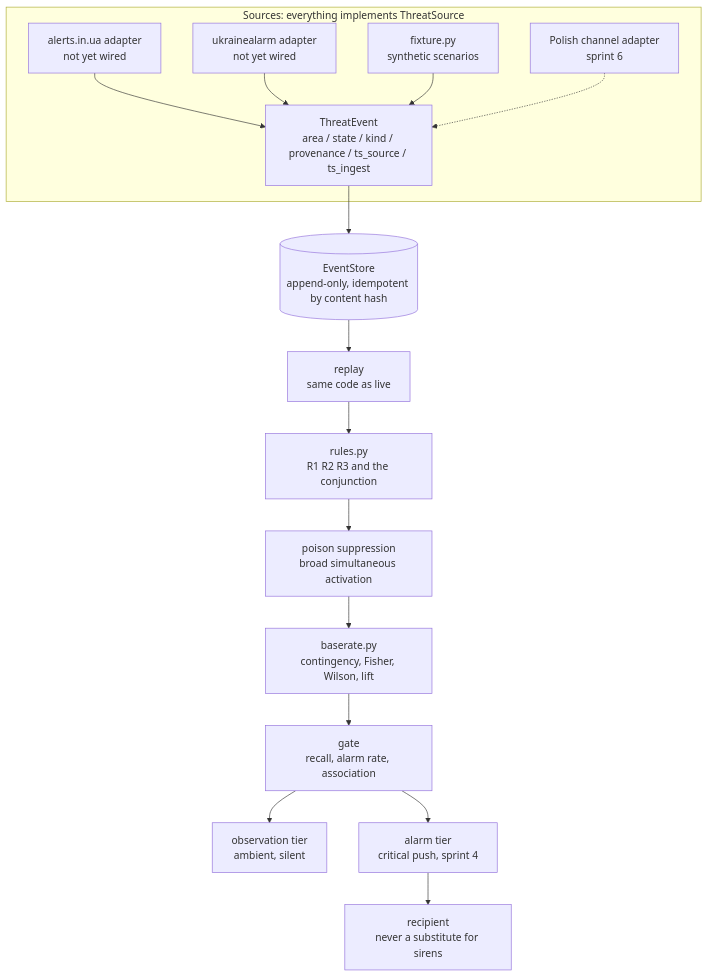
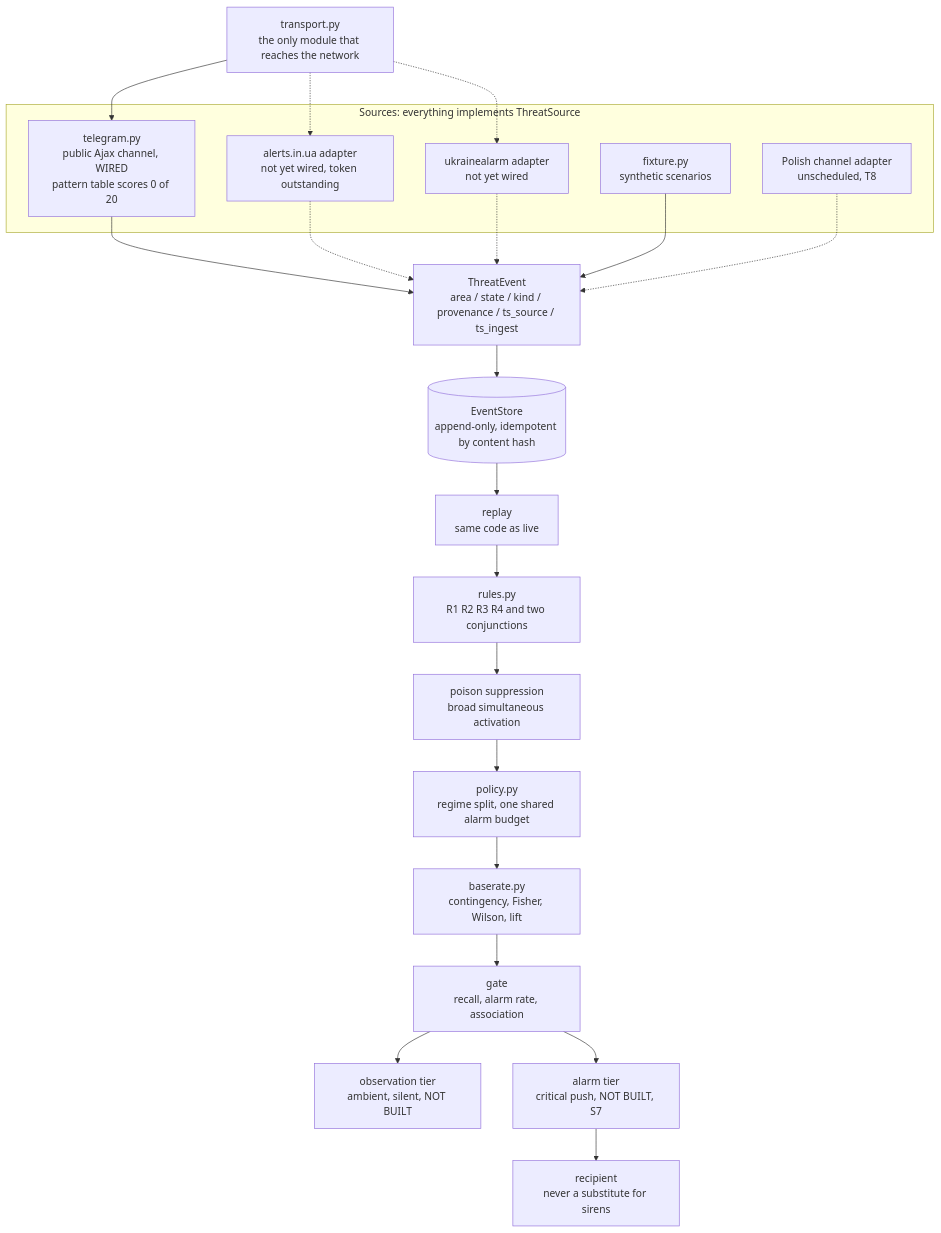
The diagram in docs/ARCHITECTURE.md (jerzy99jerzy/air-alert-early-warning), drawn with Mermaid before and after one commit. The commit also changed other lines of this file and 29 other files, not shown here.

````diff
--- a/docs/ARCHITECTURE.md
+++ b/docs/ARCHITECTURE.md
@@ -6,20 +6,31 @@
 ```mermaid
 flowchart TD
+    NET["transport.py<br/>the only module that reaches the network"]
     subgraph IN["Sources: everything implements ThreatSource"]
-        UA["alerts.in.ua adapter<br/>not yet wired"] --> EV
-        OFF["ukrainealarm adapter<br/>not yet wired"] --> EV
-        FIX["fixture.py<br/>synthetic scenarios"] --> EV
-        PL["Polish channel adapter<br/>sprint 6"] -.-> EV
+        TG["telegram.py<br/>public Ajax channel, WIRED<br/>pattern table scores 0 of 20"]
+        UA["alerts.in.ua adapter<br/>not yet wired, token outstanding"]
+        OFF["ukrainealarm adapter<br/>not yet wired"]
+        FIX["fixture.py<br/>synthetic scenarios"]
+        PL["Polish channel adapter<br/>unscheduled, T8"]
     end
+    NET --> TG
+    NET -.-> UA
+    NET -.-> OFF
+    TG --> EV
+    UA -.-> EV
+    OFF -.-> EV
+    FIX --> EV
+    PL -.-> EV
 
     EV["ThreatEvent<br/>area / state / kind / provenance / ts_source / ts_ingest"]
     EV --> STORE[("EventStore<br/>append-only, idempotent by content hash")]
     STORE --> REPLAY["replay<br/>same code as live"]
-    REPLAY --> RULES["rules.py<br/>R1 R2 R3 and the conjunction"]
+    REPLAY --> RULES["rules.py<br/>R1 R2 R3 R4 and two conjunctions"]
     RULES --> SUPPRESS["poison suppression<br/>broad simultaneous activation"]
-    SUPPRESS --> BASE["baserate.py<br/>contingency, Fisher, Wilson, lift"]
+    SUPPRESS --> POLICY["policy.py<br/>regime split, one shared alarm budget"]
+    POLICY --> BASE["baserate.py<br/>contingency, Fisher, Wilson, lift"]
     BASE --> GATE["gate<br/>recall, alarm rate, association"]
-    GATE --> OBS["observation tier<br/>ambient, silent"]
-    GATE --> ALARM["alarm tier<br/>critical push, sprint 4"]
+    GATE --> OBS["observation tier<br/>ambient, silent, NOT BUILT"]
+    GATE --> ALARM["alarm tier<br/>critical push, NOT BUILT, S7"]
     ALARM --> HUMAN["recipient<br/>never a substitute for sirens"]
 ```
````
